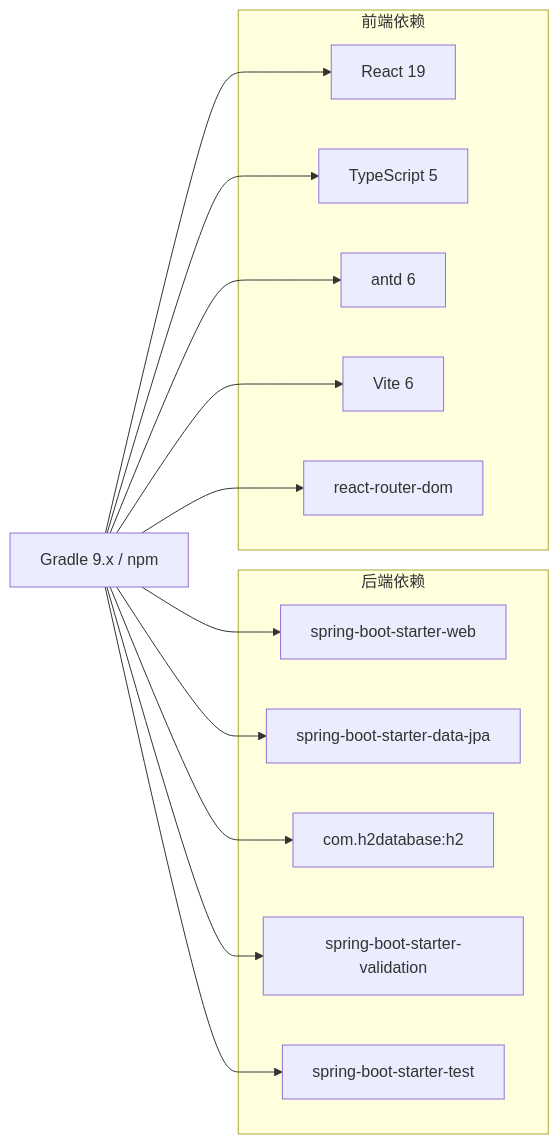
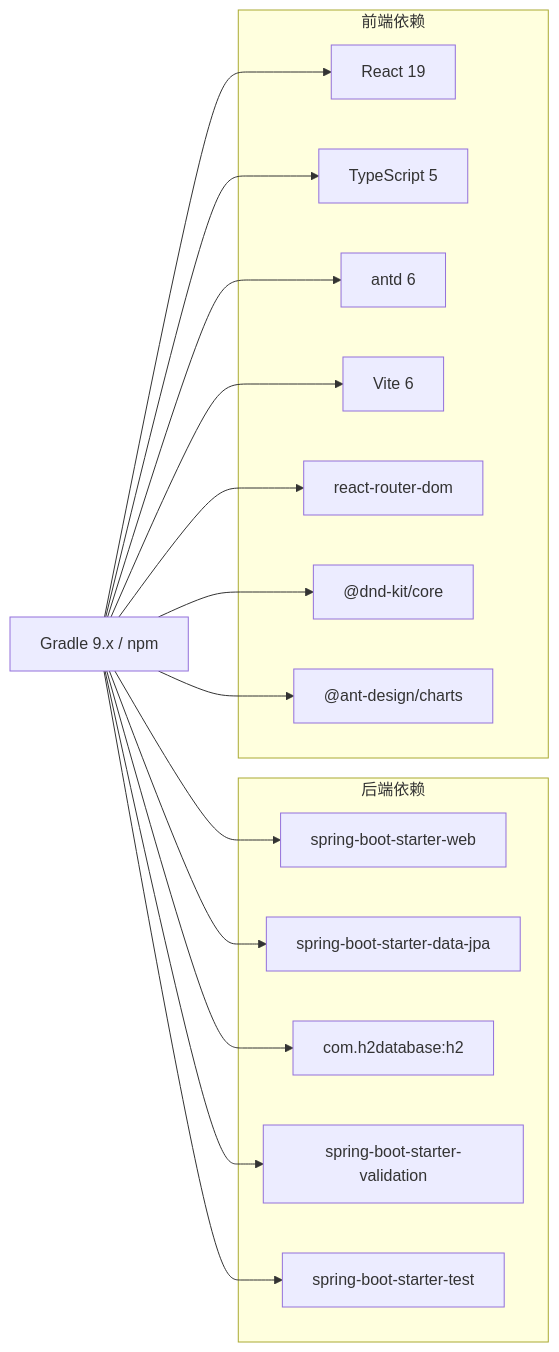
One commit to zhou9832/test1-qoder changed diagram 12 of 12 in .qoder/repowiki/zh/content/项目概述/质量保证框架.md. Above: the diagram before and after it, drawn with Mermaid. The commit also changed other lines of this file and 51 other files, not shown here.

````diff
--- a/.qoder/repowiki/zh/content/项目概述/质量保证框架.md
+++ b/.qoder/repowiki/zh/content/项目概述/质量保证框架.md
@@ -322,27 +534,31 @@
 ```mermaid
 graph LR
 subgraph "后端依赖"
 Web["spring-boot-starter-web"]
 JPA["spring-boot-starter-data-jpa"]
 H2["com.h2database:h2"]
 Val["spring-boot-starter-validation"]
 Test["spring-boot-starter-test"]
 end
 subgraph "前端依赖"
 R19["React 19"]
 TS["TypeScript 5"]
 Antd["antd 6"]
 Vite["Vite 6"]
 Router["react-router-dom"]
+DND["@dnd-kit/core"]
+Charts["@ant-design/charts"]
 end
 Build["Gradle 9.x / npm"] --> Web
 Build --> JPA
 Build --> H2
 Build --> Val
 Build --> Test
 Build --> R19
 Build --> TS
 Build --> Antd
 Build --> Vite
 Build --> Router
+Build --> DND
+Build --> Charts
 ```
````
